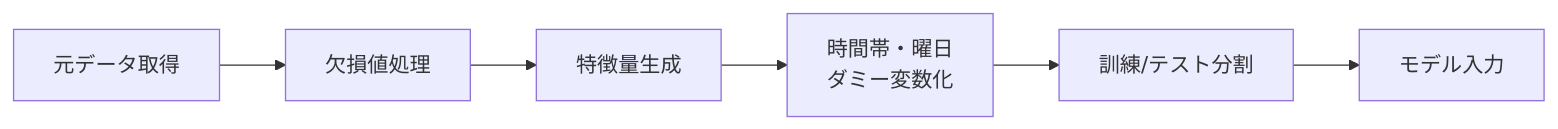
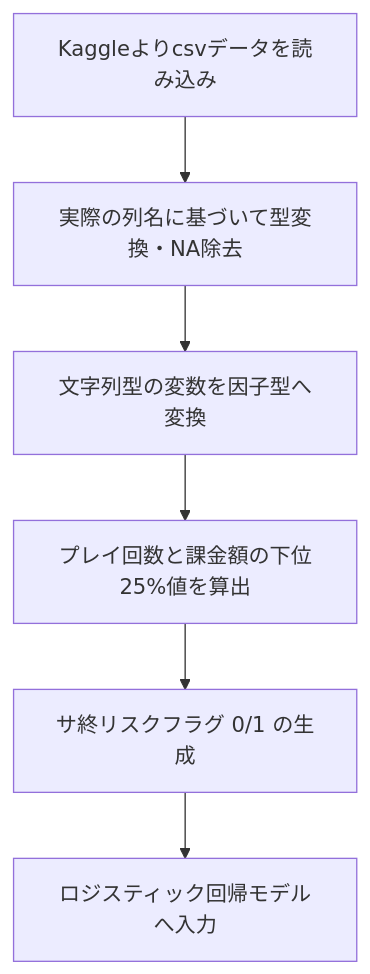
One commit to dsbiztiu23110053/seminar-research changed the diagram in 02_データ.qmd. Above: the diagram before and after it, drawn with Mermaid. The commit also changed other lines of this file and 20 other files, not shown here.

````diff
--- a/02_データ.qmd
+++ b/02_データ.qmd
@@ -174,10 +170,10 @@
 ```{mermaid}
 %%| label: fig-preprocess
-%%| fig-cap: "データ前処理パイプライン"
-flowchart LR
-    A[元データ取得] --> B[欠損値処理]
-    B --> C[特徴量生成]
-    C --> D[時間帯・曜日<br>ダミー変数化]
-    D --> E[訓練/テスト分割]
-    E --> F[モデル入力]
+%%| fig-cap: "データ前処理およびリスク定義パイプライン"
+flowchart TD
+    A[Kaggleよりcsvデータを読み込み] --> B[実際の列名に基づいて型変換・NA除去]
+    B --> C[文字列型の変数を因子型へ変換]
+    C --> D[プレイ回数と課金額の下位25%値を算出]
+    D --> E[サ終リスクフラグ 0/1 の生成]
+    E --> F[ロジスティック回帰モデルへ入力]
 ```
````
